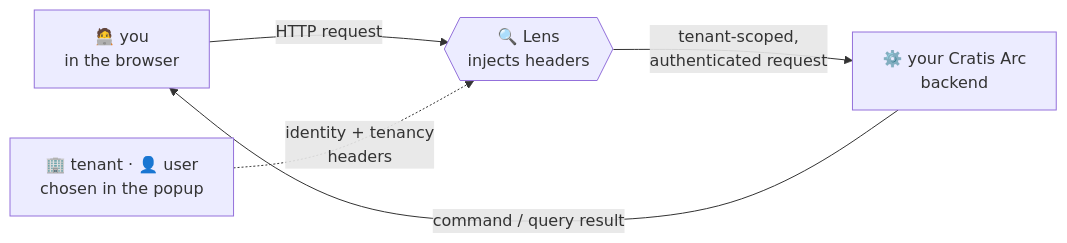
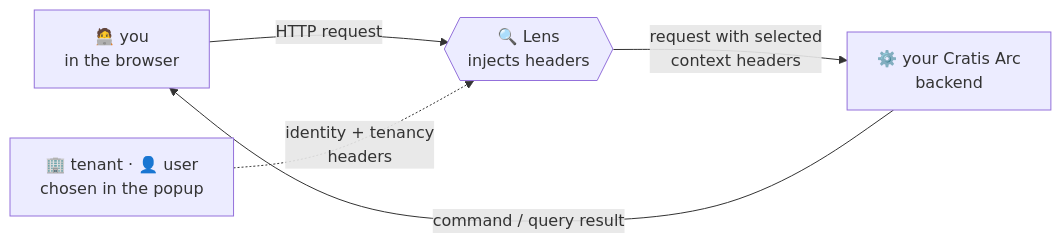
The diagram in README.md (Cratis/Lens), drawn with Mermaid before and after one commit. The commit also changed other lines of this file, not shown here.

Commit message:
L0 snapshot of uncommitted work in lens-readme-reader-journey-editorial (orphan cleanup 2026-11-04)

````diff
--- a/README.md
+++ b/README.md
@@ -67,7 +52,7 @@
 ```mermaid
 flowchart LR
     You["🧑‍💻 you<br/>in the browser"] -->|"HTTP request"| Lens{{"🔍 Lens<br/>injects headers"}}
     Ctx["🏢 tenant · 👤 user<br/>chosen in the popup"] -.->|"identity + tenancy<br/>headers"| Lens
-    Lens -->|"tenant-scoped,<br/>authenticated request"| Arc["⚙️ your Cratis Arc<br/>backend"]
+    Lens -->|"request with selected<br/>context headers"| Arc["⚙️ your Cratis Arc<br/>backend"]
     Arc -->|"command / query result"| You
 ```
````
